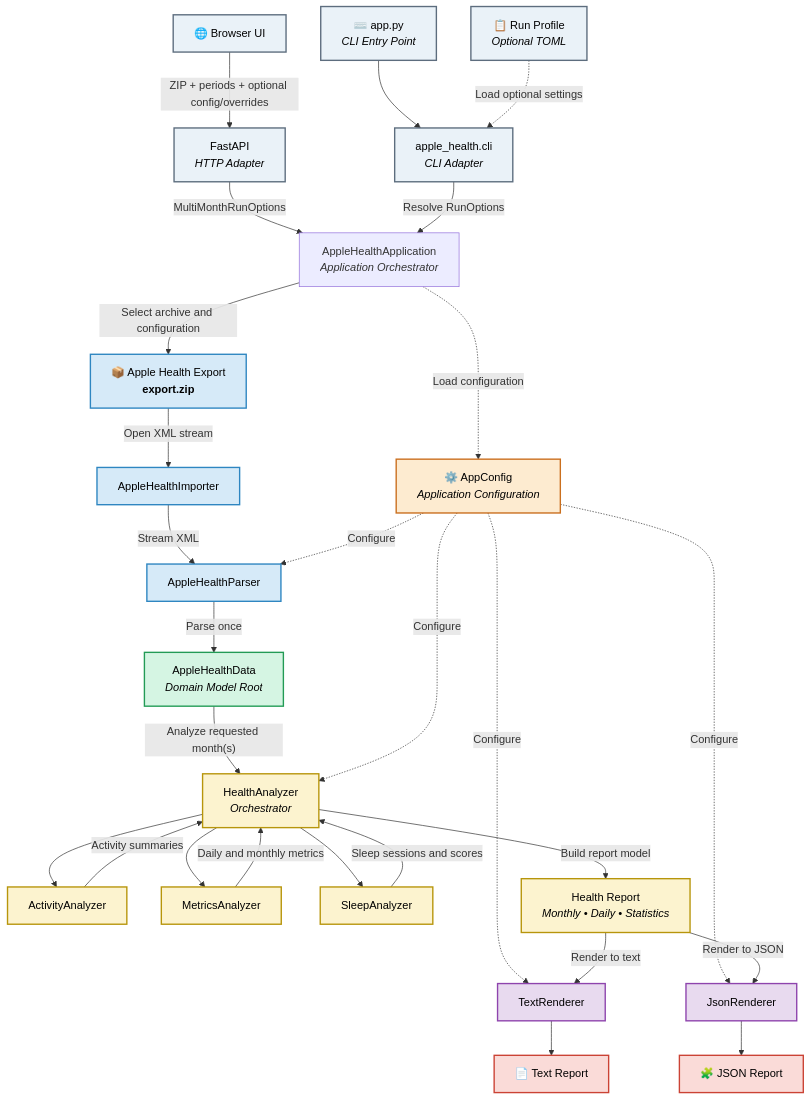
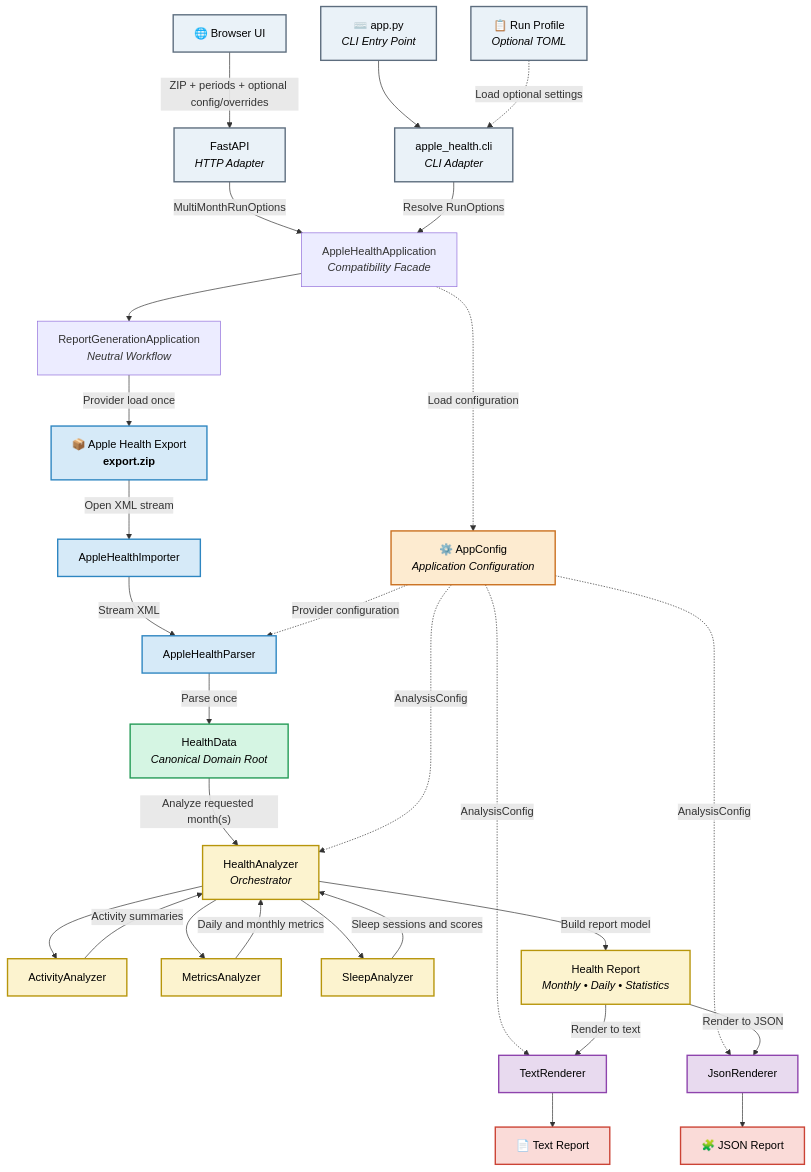
One commit to MateuszMocarski/AppleHealthMonitorAnalyzer changed the first of 4 diagrams in README.md. Above: the diagram before and after it, drawn with Mermaid. The commit also changed other lines of this file and 24 other files, not shown here.

````diff
--- a/README.md
+++ b/README.md
@@ -512,74 +512,76 @@
 ```mermaid
 flowchart TD
 
     WEB["🌐 Browser UI"]
     API["FastAPI<br/><i>HTTP Adapter</i>"]
     ENTRY["⌨️ app.py<br/><i>CLI Entry Point</i>"]
     CLI["apple_health.cli<br/><i>CLI Adapter</i>"]
     PROFILE["📋 Run Profile<br/><i>Optional TOML</i>"]
-    APP["AppleHealthApplication<br/><i>Application Orchestrator</i>"]
+    APP["AppleHealthApplication<br/><i>Compatibility Facade</i>"]
+    FLOW["ReportGenerationApplication<br/><i>Neutral Workflow</i>"]
     A["📦 Apple Health Export<br/><b>export.zip</b>"]
     CFG["⚙️ AppConfig<br/><i>Application Configuration</i>"]
 
     B["AppleHealthImporter"]
     C["AppleHealthParser"]
-    D["AppleHealthData<br/><i>Domain Model Root</i>"]
+    D["HealthData<br/><i>Canonical Domain Root</i>"]
 
     E["HealthAnalyzer<br/><i>Orchestrator</i>"]
     EA["ActivityAnalyzer"]
     EM["MetricsAnalyzer"]
     ES["SleepAnalyzer"]
 
     F["Health Report<br/><i>Monthly • Daily • Statistics</i>"]
     G["TextRenderer"]
     GJ["JsonRenderer"]
     H["📄 Text Report"]
     HJ["🧩 JSON Report"]
 
     WEB -->|"ZIP + periods + optional config/overrides"| API
     API -->|"MultiMonthRunOptions"| APP
     ENTRY --> CLI
     PROFILE -.->|"Load optional settings"| CLI
     CLI -->|"Resolve RunOptions"| APP
-    APP -->|"Select archive and configuration"| A
+    APP --> FLOW
+    FLOW -->|"Provider load once"| A
     APP -.->|"Load configuration"| CFG
     A -->|"Open XML stream"| B
     B -->|"Stream XML"| C
     C -->|"Parse once"| D
     D -->|"Analyze requested month(s)"| E
 
-    CFG -.->|"Configure"| C
-    CFG -.->|"Configure"| E
-    CFG -.->|"Configure"| G
-    CFG -.->|"Configure"| GJ
+    CFG -.->|"Provider configuration"| C
+    CFG -.->|"AnalysisConfig"| E
+    CFG -.->|"AnalysisConfig"| G
+    CFG -.->|"AnalysisConfig"| GJ
 
     E --> EA
     E --> EM
     E --> ES
 
     EA -->|"Activity summaries"| E
     EM -->|"Daily and monthly metrics"| E
     ES -->|"Sleep sessions and scores"| E
 
     E -->|"Build report model"| F
     F -->|"Render to text"| G
     F -->|"Render to JSON"| GJ
     G --> H
     GJ --> HJ
 
     classDef adapter fill:#EAF2F8,stroke:#5D6D7E,color:#000,stroke-width:2px;
     classDef import fill:#D6EAF8,stroke:#2E86C1,color:#000,stroke-width:2px;
     classDef config fill:#FDEBD0,stroke:#CA6F1E,color:#000,stroke-width:2px;
     classDef domain fill:#D5F5E3,stroke:#239B56,color:#000,stroke-width:2px;
     classDef analysis fill:#FCF3CF,stroke:#B7950B,color:#000,stroke-width:2px;
     classDef presentation fill:#E8DAEF,stroke:#8E44AD,color:#000,stroke-width:2px;
     classDef output fill:#FADBD8,stroke:#CB4335,color:#000,stroke-width:2px;
 
     class WEB,API,ENTRY,CLI,PROFILE adapter;
     class A,B,C import;
     class CFG config;
     class D domain;
     class E,EA,EM,ES,F analysis;
     class G,GJ presentation;
     class H,HJ output;
 ```
````
